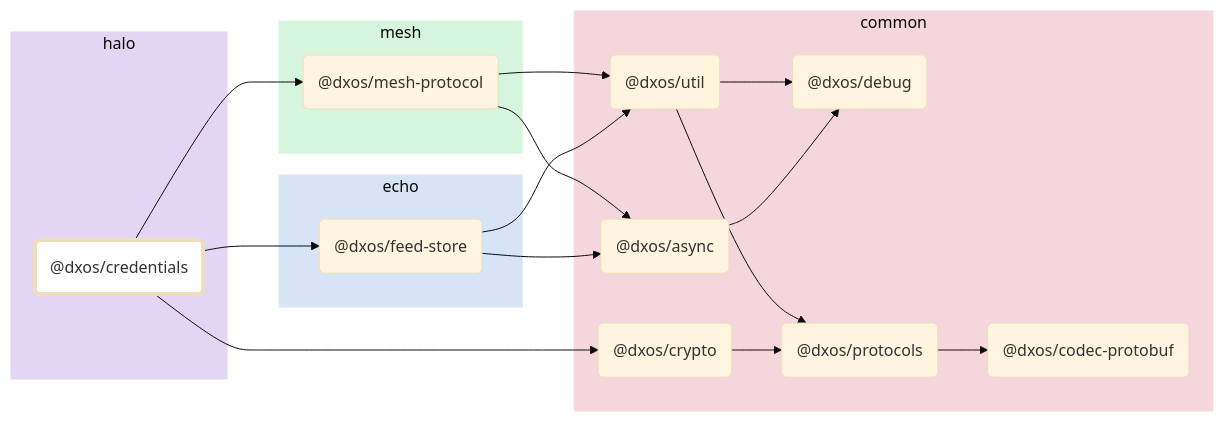
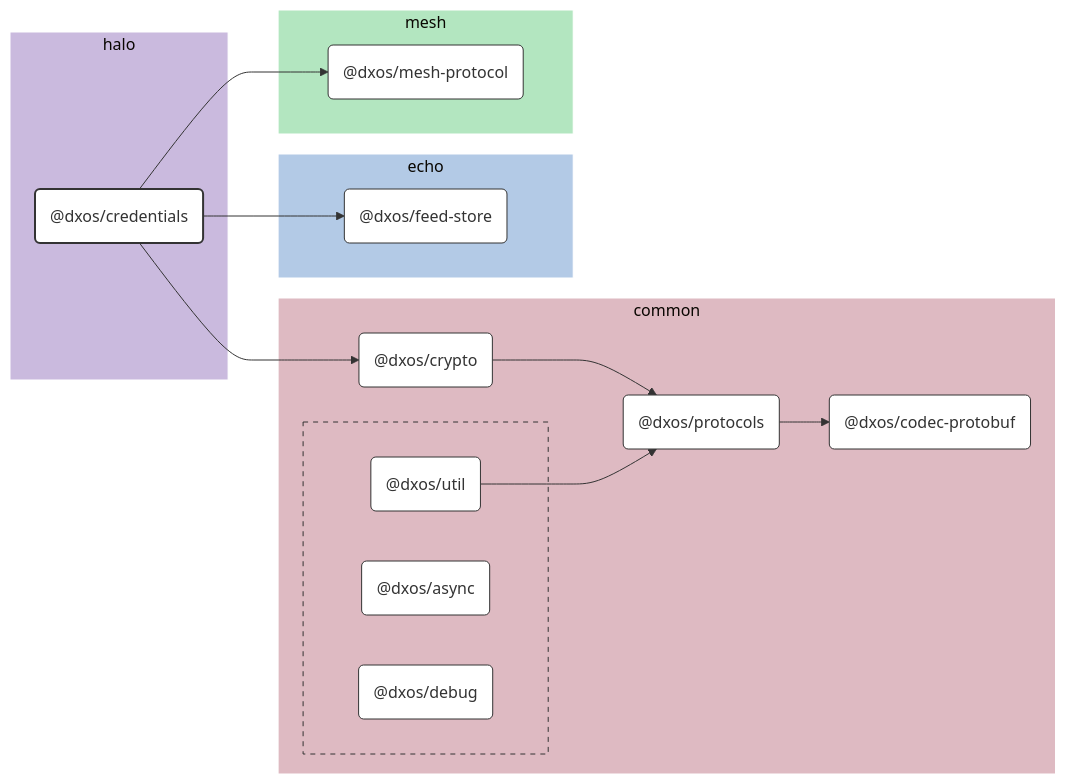
One commit to dxos/dxos changed the diagram in packages/halo/credentials/docs/README.md. Above: the diagram before and after it, drawn with Mermaid (base theme). The commit also changed 100 other files, not shown here.

````diff
--- a/packages/halo/credentials/docs/README.md
+++ b/packages/halo/credentials/docs/README.md
@@ -7,52 +7,75 @@
 ```mermaid
-flowchart LR;
+%%{ init: {'flowchart':{'curve':'basis'}} }%%
 
-style dxos/credentials fill:#fff,stroke-width:4px;
+flowchart LR
 
-click dxos/async "https:/github.com/dxos/dxos/tree/main/packages/common/async/docs";
-click dxos/debug "https:/github.com/dxos/dxos/tree/main/packages/common/debug/docs";
-click dxos/codec-protobuf "https:/github.com/dxos/dxos/tree/main/packages/common/codec-protobuf/docs";
-click dxos/crypto "https:/github.com/dxos/dxos/tree/main/packages/common/crypto/docs";
-click dxos/protocols "https:/github.com/dxos/dxos/tree/main/packages/common/protocols/docs";
-click dxos/feed-store "https:/github.com/dxos/dxos/tree/main/packages/echo/feed-store/docs";
-click dxos/util "https:/github.com/dxos/dxos/tree/main/packages/common/util/docs";
-click dxos/mesh-protocol "https:/github.com/dxos/dxos/tree/main/packages/mesh/mesh-protocol/docs";
+%% Links
+dxos/credentials --> dxos/crypto;
+dxos/credentials --> dxos/feed-store;
+dxos/credentials --> dxos/mesh-protocol;
+dxos/crypto --> dxos/protocols;
+dxos/protocols --> dxos/codec-protobuf;
+dxos/util --> dxos/protocols;
 
+%% Sections
 subgraph halo
-  style halo fill:#e3d6f5,stroke:#fff;
-  dxos/credentials("@dxos/credentials");
+  style halo fill:#cabade,stroke:#fff;
+
+  dxos/credentials("@dxos/credentials")
 end
 
 subgraph common
-  style common fill:#f5d6dd,stroke:#fff;
-  dxos/async("@dxos/async");
-  dxos/debug("@dxos/debug");
-  dxos/codec-protobuf("@dxos/codec-protobuf");
-  dxos/crypto("@dxos/crypto");
-  dxos/protocols("@dxos/protocols");
-  dxos/util("@dxos/util");
+  style common fill:#debac2,stroke:#fff;
+
+  dxos/codec-protobuf("@dxos/codec-protobuf")
+  dxos/crypto("@dxos/crypto")
+  dxos/protocols("@dxos/protocols")
+
+  subgraph common-excluded [ ]
+    style common-excluded fill:#debac2,stroke:#333,stroke-dasharray:5 5;
+
+    dxos/async("@dxos/async")
+    dxos/debug("@dxos/debug")
+    dxos/util("@dxos/util")
+  end
 end
 
 subgraph echo
-  style echo fill:#d6e4f5,stroke:#fff;
-  dxos/feed-store("@dxos/feed-store");
+  style echo fill:#b3cae6,stroke:#fff;
+
+  dxos/feed-store("@dxos/feed-store")
 end
 
 subgraph mesh
-  style mesh fill:#d6f5de,stroke:#fff;
-  dxos/mesh-protocol("@dxos/mesh-protocol");
+  style mesh fill:#b3e6c0,stroke:#fff;
+
+  dxos/mesh-protocol("@dxos/mesh-protocol")
 end
 
-dxos/async --> dxos/debug;
-dxos/credentials --> dxos/crypto;
-dxos/crypto --> dxos/protocols;
-dxos/protocols --> dxos/codec-protobuf;
-dxos/credentials --> dxos/feed-store;
-dxos/feed-store --> dxos/async;
-dxos/feed-store --> dxos/util;
-dxos/util --> dxos/debug;
-dxos/util --> dxos/protocols;
-dxos/credentials --> dxos/mesh-protocol;
-dxos/mesh-protocol --> dxos/async;
-dxos/mesh-protocol --> dxos/util;
+
+%% Hyperlinks
+click dxos/async href "https:/github.com/dxos/dxos/tree/main/packages/common/async/docs";
+click dxos/codec-protobuf href "https:/github.com/dxos/dxos/tree/main/packages/common/codec-protobuf/docs";
+click dxos/crypto href "https:/github.com/dxos/dxos/tree/main/packages/common/crypto/docs";
+click dxos/debug href "https:/github.com/dxos/dxos/tree/main/packages/common/debug/docs";
+click dxos/feed-store href "https:/github.com/dxos/dxos/tree/main/packages/echo/feed-store/docs";
+click dxos/mesh-protocol href "https:/github.com/dxos/dxos/tree/main/packages/mesh/mesh-protocol/docs";
+click dxos/protocols href "https:/github.com/dxos/dxos/tree/main/packages/common/protocols/docs";
+click dxos/util href "https:/github.com/dxos/dxos/tree/main/packages/common/util/docs";
+
+%% Styles
+classDef rootNode fill:#fff,stroke:#333,stroke-width:2px
+classDef defaultNode fill:#fff,stroke:#333,stroke-width:1px
+linkStyle default stroke:#333,stroke-width:1px
+
+dxos/credentials:::rootNode
+
+dxos/async:::defaultNode
+dxos/codec-protobuf:::defaultNode
+dxos/crypto:::defaultNode
+dxos/debug:::defaultNode
+dxos/feed-store:::defaultNode
+dxos/mesh-protocol:::defaultNode
+dxos/protocols:::defaultNode
+dxos/util:::defaultNode
 ```
````
